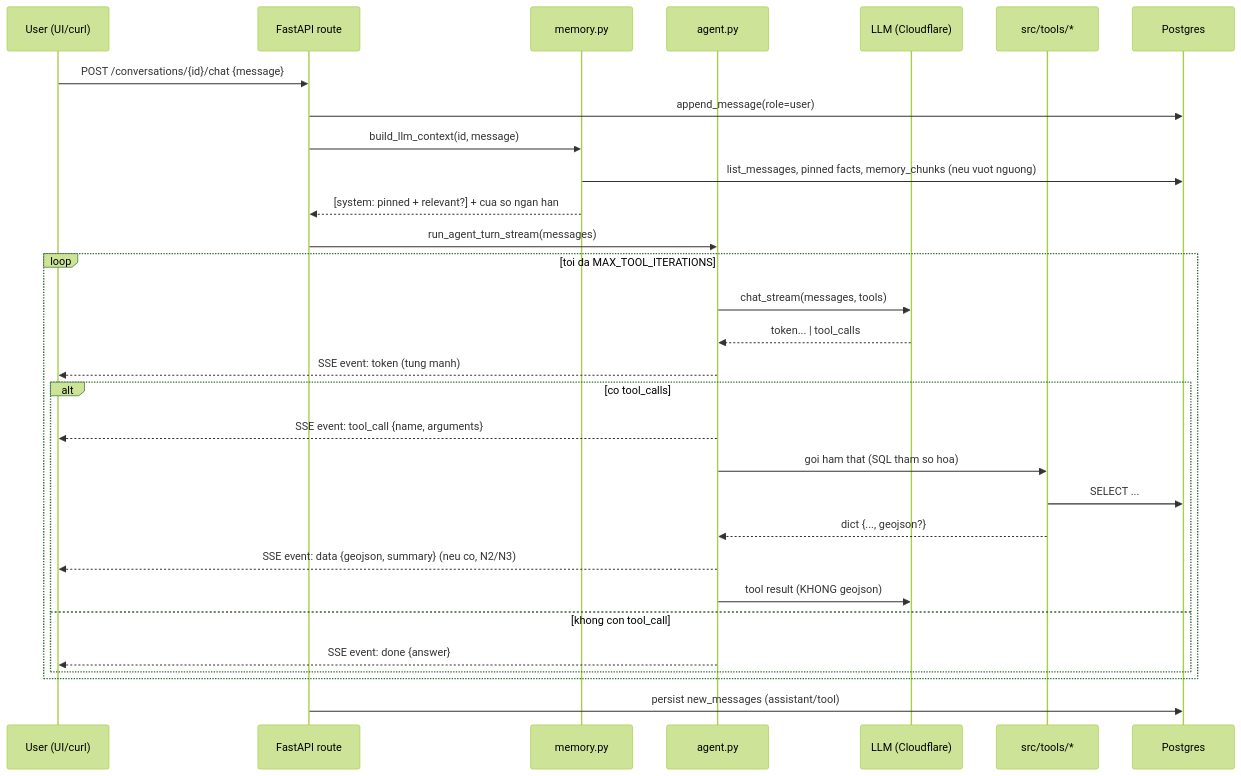
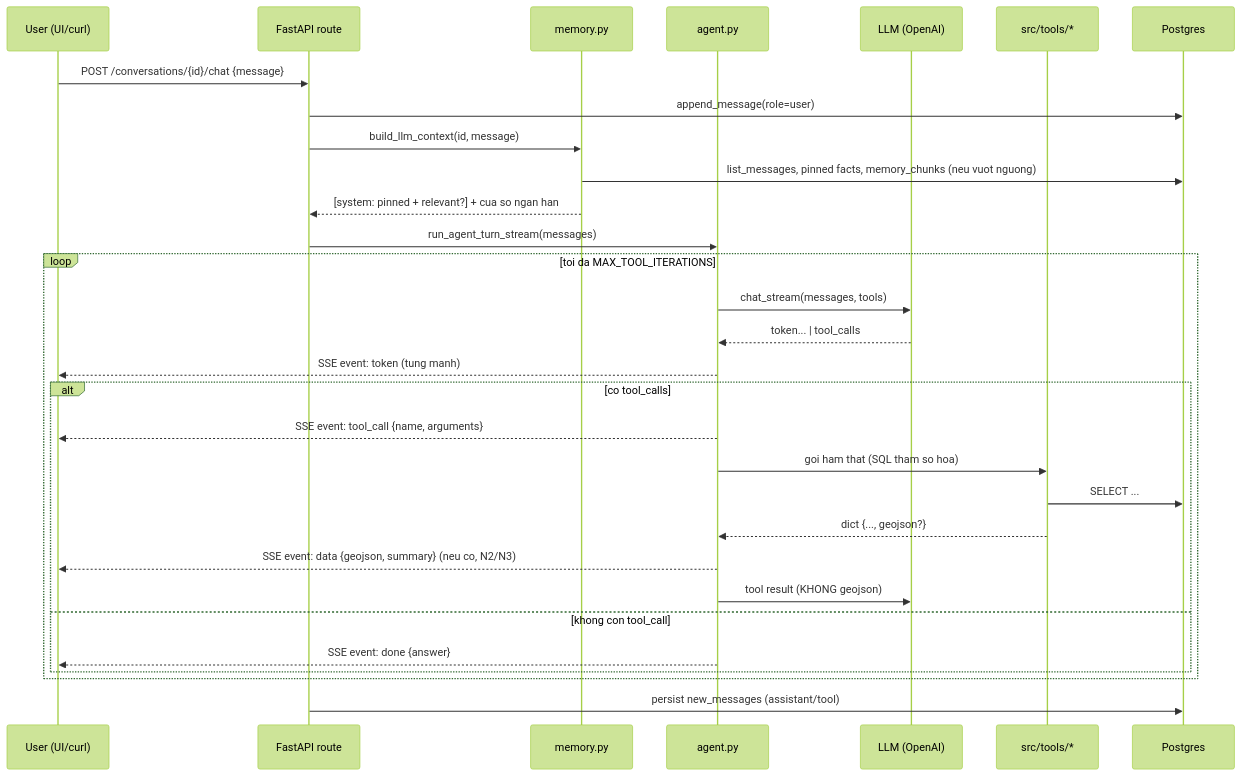
The second of 2 diagrams in docs/architecture.md (cong2235/vessel-tracking-chatbot), drawn with Mermaid (forest theme) before and after one commit. The commit also changed other lines of this file and 24 other files, not shown here.

````diff
--- a/docs/architecture.md
+++ b/docs/architecture.md
@@ -64,33 +64,33 @@
 ```mermaid
 sequenceDiagram
     participant U as User (UI/curl)
     participant API as FastAPI route
     participant Mem as memory.py
     participant Agent as agent.py
-    participant LLM as LLM (Cloudflare)
+    participant LLM as LLM (OpenAI)
     participant Tool as src/tools/*
     participant DB as Postgres
 
     U->>API: POST /conversations/{id}/chat {message}
     API->>DB: append_message(role=user)  # luu truoc, tranh mat cau hoi neu loi
     API->>Mem: build_llm_context(id, message)
     Mem->>DB: list_messages, pinned facts, memory_chunks (neu vuot nguong)
     Mem-->>API: [system: pinned + relevant?] + cua so ngan han
     API->>Agent: run_agent_turn_stream(messages)
     loop toi da MAX_TOOL_ITERATIONS
         Agent->>LLM: chat_stream(messages, tools)
         LLM-->>Agent: token... | tool_calls
         Agent-->>U: SSE event: token (tung manh)
         alt co tool_calls
             Agent-->>U: SSE event: tool_call {name, arguments}
             Agent->>Tool: goi ham that (SQL tham so hoa)
             Tool->>DB: SELECT ...
             Tool-->>Agent: dict {..., geojson?}
             Agent-->>U: SSE event: data {geojson, summary}  (neu co, N2/N3)
             Agent->>LLM: tool result (KHONG geojson)
         else khong con tool_call
             Agent-->>U: SSE event: done {answer}
         end
     end
     API->>DB: persist new_messages (assistant/tool)
 ```
````
